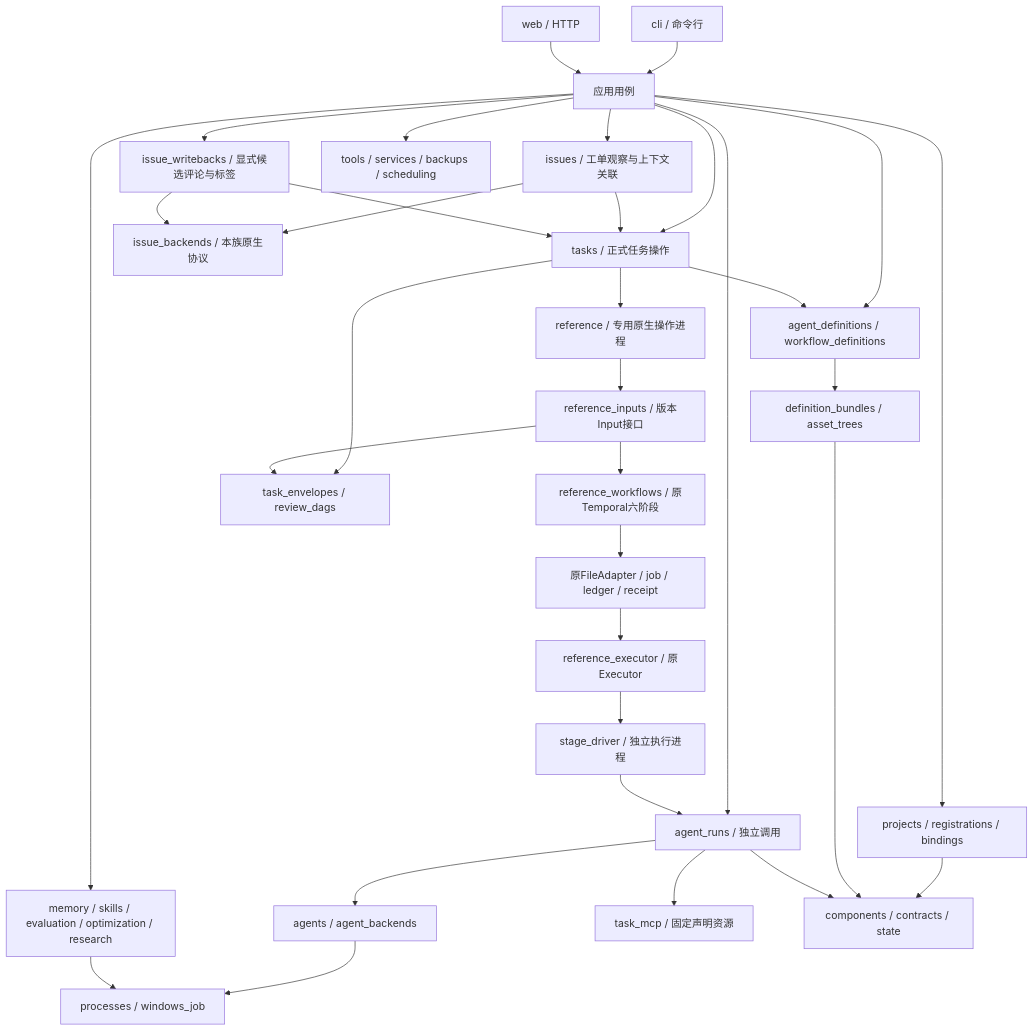
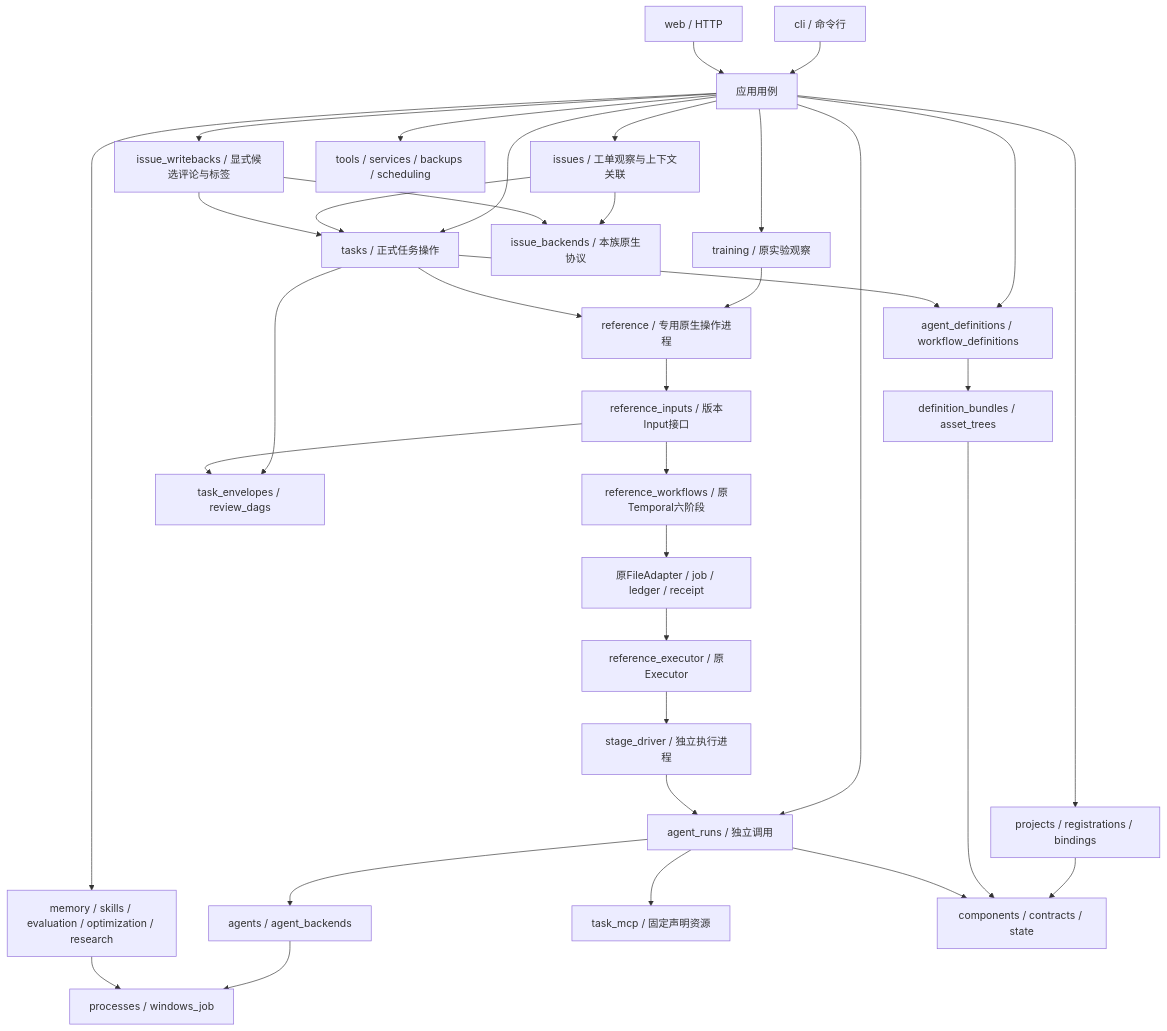
The first of 7 diagrams in docs/architecture/current.md (626619403/Ergora), drawn with Mermaid before and after one commit. The commit also changed other lines of this file and 22 other files, not shown here.

````diff
--- a/docs/architecture/current.md
+++ b/docs/architecture/current.md
@@ -11,35 +11,37 @@
 ```mermaid
 flowchart TB
   CLI[cli / 命令行] --> Uses[应用用例]
   HTTP[web / HTTP] --> Uses
   Uses --> Project[projects / registrations / bindings]
   Uses --> Tasks[tasks / 正式任务操作]
+  Uses --> Training[training / 原实验观察]
+  Training --> Reference
   Uses --> Issues[issues / 工单观察与上下文关联]
   Issues --> IssueBackends[issue_backends / 本族原生协议]
   Issues --> Tasks
   Uses --> Writebacks[issue_writebacks / 显式候选评论与标签]
   Writebacks --> IssueBackends
   Writebacks --> Tasks
   Uses --> Library[agent_definitions / workflow_definitions]
   Uses --> Runs[agent_runs / 独立调用]
   Uses --> Evolution[memory / skills / evaluation / optimization / research]
   Uses --> Ops[tools / services / backups / scheduling]
   Library --> Bundles[definition_bundles / asset_trees]
   Tasks --> Library
   Tasks --> Reference[reference / 专用原生操作进程]
   Reference --> Input[reference_inputs / 版本Input接口]
   Input --> Flow[reference_workflows / 原Temporal六阶段]
   Flow --> Files[原FileAdapter / job / ledger / receipt]
   Files --> Executor[reference_executor / 原Executor]
   Executor --> Driver[stage_driver / 独立执行进程]
   Driver --> Runs
   Runs --> Agents[agents / agent_backends]
   Runs --> MCP[task_mcp / 固定声明资源]
   Agents --> Processes[processes / windows_job]
   Evolution --> Processes
   Project --> Base[components / contracts / state]
   Bundles --> Base
   Runs --> Base
   Tasks --> Envelope[task_envelopes / review_dags]
   Input --> Envelope
 ```
````
